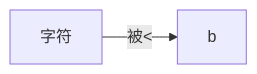
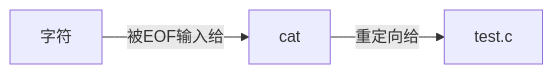
Before and after one commit to poppop9/obsidian: the diagram in 计算机/Linux/9 数据流重定向.md, drawn with Mermaid. The commit also changed other lines of this file and 2 other files, not shown here.

````diff
--- a/计算机/Linux/9 数据流重定向.md
+++ b/计算机/Linux/9 数据流重定向.md
@@ -39,4 +39,5 @@
 ```mermaid
 graph LR
-	a[字符]--被<<EOF-->b
+	a[字符]--被EOF输入给-->b[cat]
+	b--重定向给-->c[test.c]
 ```
````
